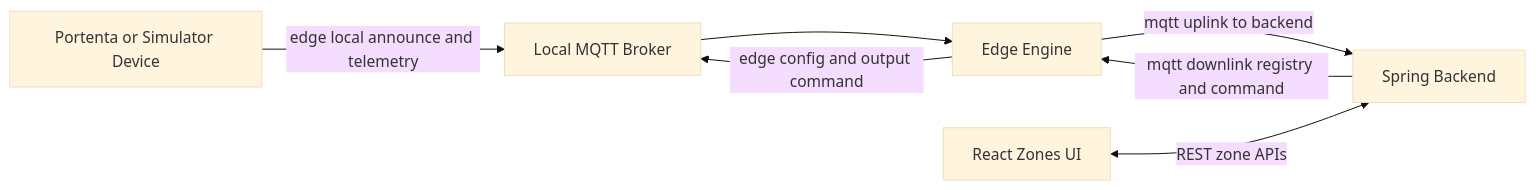
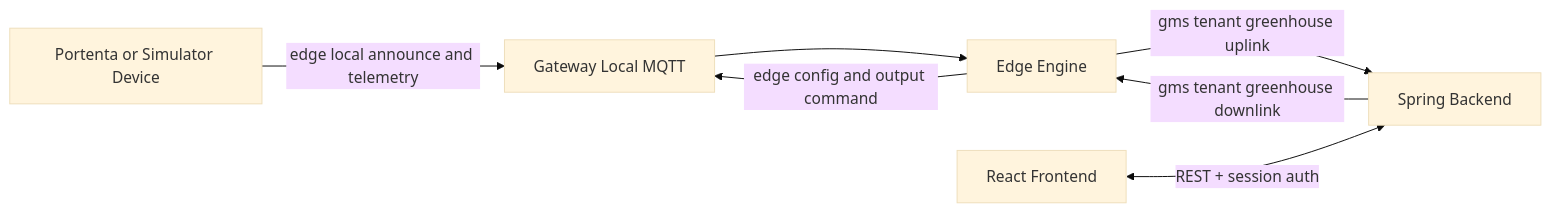
One commit to gms-pbl/gms-firmware changed the diagram in README.md. Above: the diagram before and after it, drawn with Mermaid (base theme). The commit also changed other lines of this file and 3 other files, not shown here.

Commit message:
docs(firmware): refresh cluster, gateway, simulator, and portenta runbooks

````diff
--- a/README.md
+++ b/README.md
@@ -17,9 +17,9 @@
 ```mermaid
 flowchart LR
-  P[Portenta or Simulator Device] -->|edge local announce and telemetry| M[Local MQTT Broker]
+  P[Portenta or Simulator Device] -->|edge local announce and telemetry| M[Gateway Local MQTT]
   M --> E[Edge Engine]
-  E -->|mqtt uplink to backend| B[Spring Backend]
-  B -->|mqtt downlink registry and command| E
+  E -->|gms tenant greenhouse uplink| B[Spring Backend]
+  B -->|gms tenant greenhouse downlink| E
   E -->|edge config and output command| M
-  F[React Zones UI] <-->|REST zone APIs| B
+  F[React Frontend] <-->|REST + session auth| B
 ```
````
